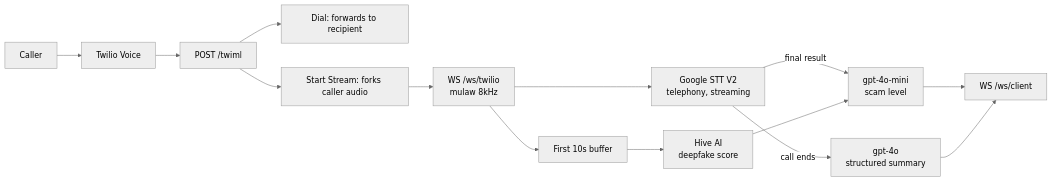
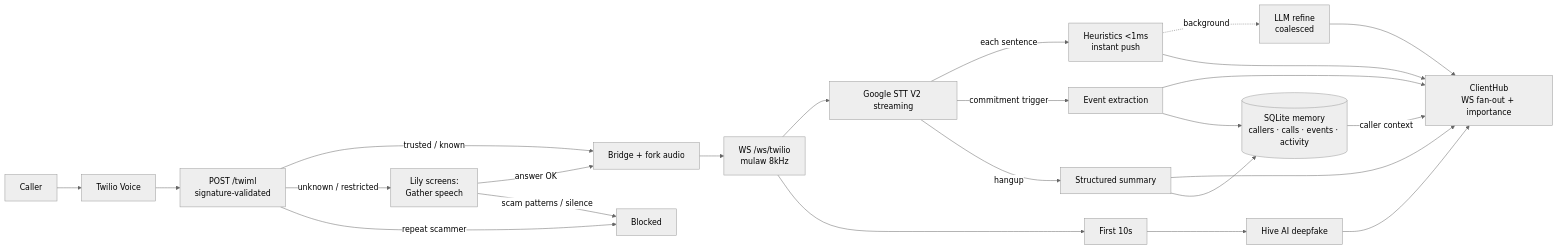
One commit to gurul/lilyServes changed the diagram in README.md. Above: the diagram before and after it, drawn with Mermaid (neutral theme). The commit also changed other lines of this file and 26 other files, not shown here.

````diff
--- a/README.md
+++ b/README.md
@@ -21,16 +30,20 @@
 ```mermaid
 flowchart LR
     A[Caller] --> B[Twilio Voice]
-    B --> C[POST /twiml]
-    C --> D[Dial: forwards to recipient]
-    C --> E[Start Stream: forks caller audio]
-    E --> F[WS /ws/twilio<br/>mulaw 8kHz]
-    F --> G[Google STT V2<br/>telephony, streaming]
-    F --> H[First 10s buffer]
-    H --> I[Hive AI<br/>deepfake score]
-    G -->|final result| J[gpt-4o-mini<br/>scam level]
-    I --> J
-    J --> K[WS /ws/client]
-    G -->|call ends| L[gpt-4o<br/>structured summary]
-    L --> K
+    B --> C[POST /twiml<br/>signature-validated]
+    C -->|trusted / known| D[Bridge + fork audio]
+    C -->|unknown / restricted| S[Lily screens:<br/>Gather speech]
+    C -->|repeat scammer| X[Blocked]
+    S -->|answer OK| D
+    S -->|scam patterns / silence| X
+    D --> F[WS /ws/twilio<br/>mulaw 8kHz]
+    F --> G[Google STT V2 streaming]
+    F --> H[First 10s] --> I[Hive AI deepfake]
+    G -->|each sentence| J[Heuristics <1ms<br/>instant push]
+    J -.->|background| K[LLM refine<br/>coalesced]
+    G -->|commitment trigger| E[Event extraction]
+    G -->|hangup| L[Structured summary]
+    J & K & I & E & L --> M[ClientHub<br/>WS fan-out + importance]
+    E & L --> N[(SQLite memory<br/>callers · calls · events · activity)]
+    N -->|caller context| M
 ```
````
